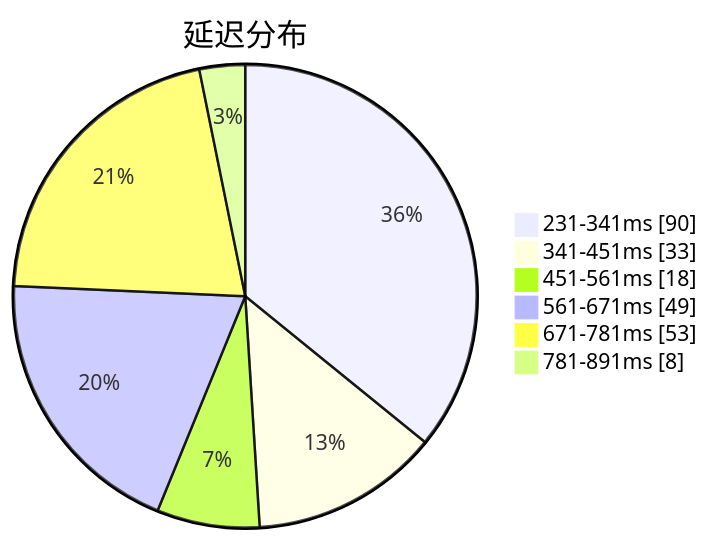
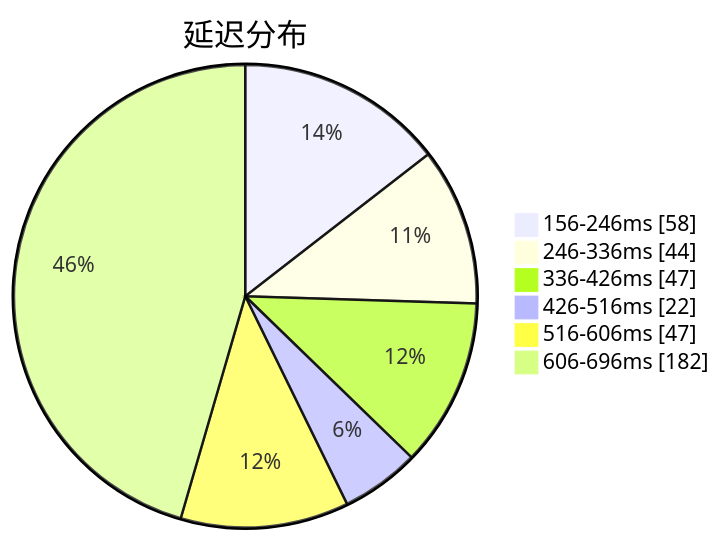
The first of 3 diagrams in subs/statistics/tested_within.md (qjlxg/airport), drawn with Mermaid before and after one commit. The commit also changed other lines of this file and 2 other files, not shown here.

````diff
--- a/subs/statistics/tested_within.md
+++ b/subs/statistics/tested_within.md
@@ -2,10 +2,10 @@
 ```mermaid
 pie showData
 title 延迟分布
-"231-341ms" : 90
-"341-451ms" : 33
-"451-561ms" : 18
-"561-671ms" : 49
-"671-781ms" : 53
-"781-891ms" : 8
+"156-246ms" : 58
+"246-336ms" : 44
+"336-426ms" : 47
+"426-516ms" : 22
+"516-606ms" : 47
+"606-696ms" : 182
 ```
````
